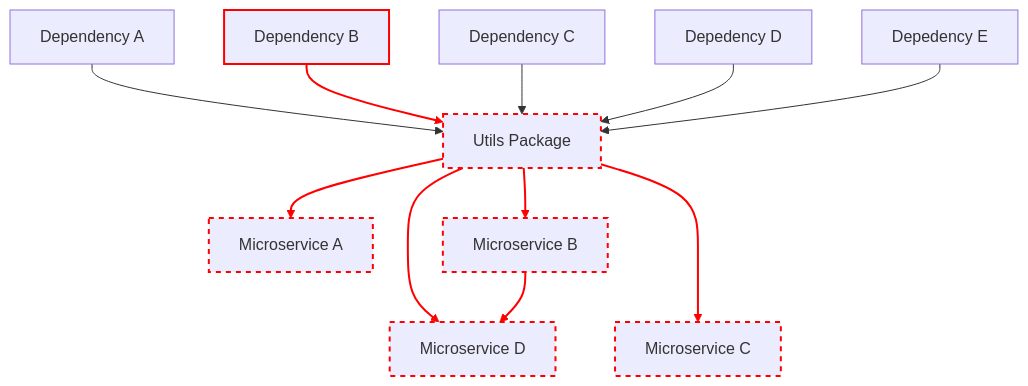
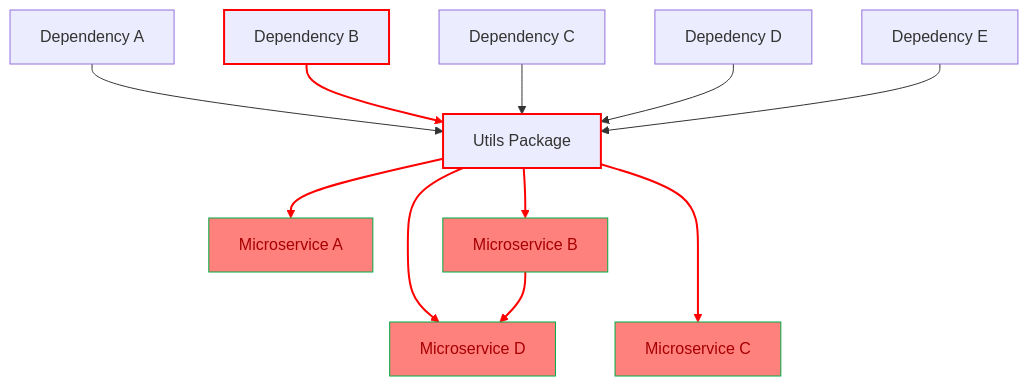
The fourth of 5 diagrams in articles/utils-common-pitfalls/README.md (dkraczkowski/dkraczkowski.github.io), drawn with Mermaid before and after one commit. The commit also changed other lines of this file, not shown here.

Commit message:
Better diagrams + hint for readers

````diff
--- a/articles/utils-common-pitfalls/README.md
+++ b/articles/utils-common-pitfalls/README.md
@@ -64,22 +73,21 @@
 ```mermaid
 flowchart TD
-
+    style MA fill:#ff817e,stroke: #00ab41,color: #a60000;
+    style MB fill:#ff817e,stroke: #00ab41,color: #a60000;
+    style MC fill:#ff817e,stroke: #00ab41,color: #a60000;
+    style MD fill:#ff817e,stroke: #00ab41,color: #a60000;
     style DB stroke-width:2px,stroke:#ff0000;
-    style Utils stroke-dasharray: 5,5,stroke-width:2px,stroke:#ff0000;
-    style MA stroke-dasharray: 5,5,stroke-width:2px,stroke:#ff0000;
-    style MB stroke-dasharray: 5,5,stroke-width:2px,stroke:#ff0000;
-    style MC stroke-dasharray: 5,5,stroke-width:2px,stroke:#ff0000;
-    style MD stroke-dasharray: 5,5,stroke-width:2px,stroke:#ff0000;
+    style Utils stroke-width:2px,stroke:#ff0000;
     
     DA[Dependency A] --> Utils[Utils Package]
     DB[Dependency B] --> Utils
     DC[Dependency C] --> Utils
     DD[Depedency D] --> Utils
     DE[Depedency E] --> Utils
     Utils --> MA[Microservice A]
     Utils --> MB[Microservice B]
     Utils ---> MC[Microservice C]
     Utils --> MD[Microservice D]
     MB --> MD
     linkStyle 1,5,7,8,9,6 stroke:#ff0000,stroke-width:2px;
 ```
````
